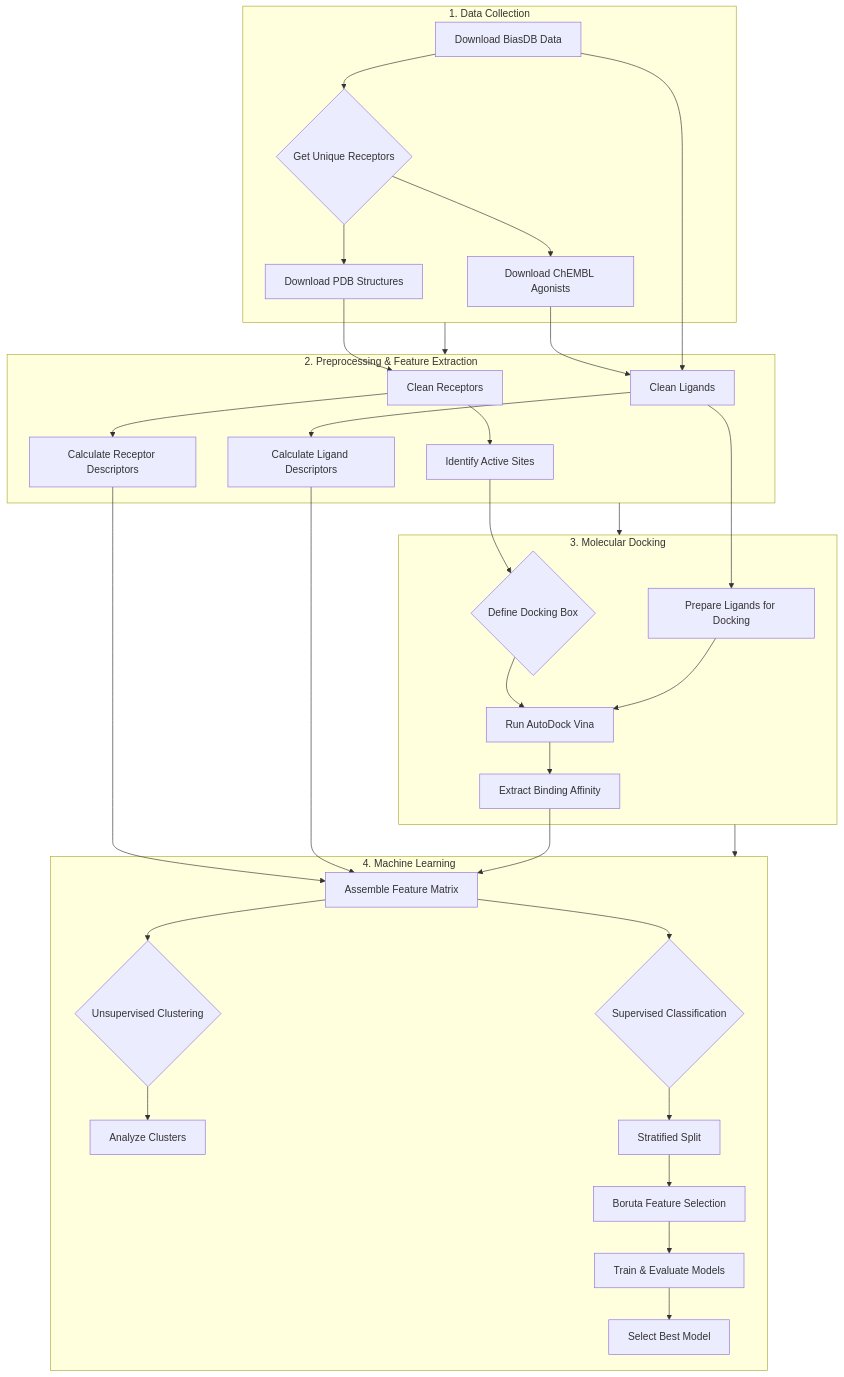
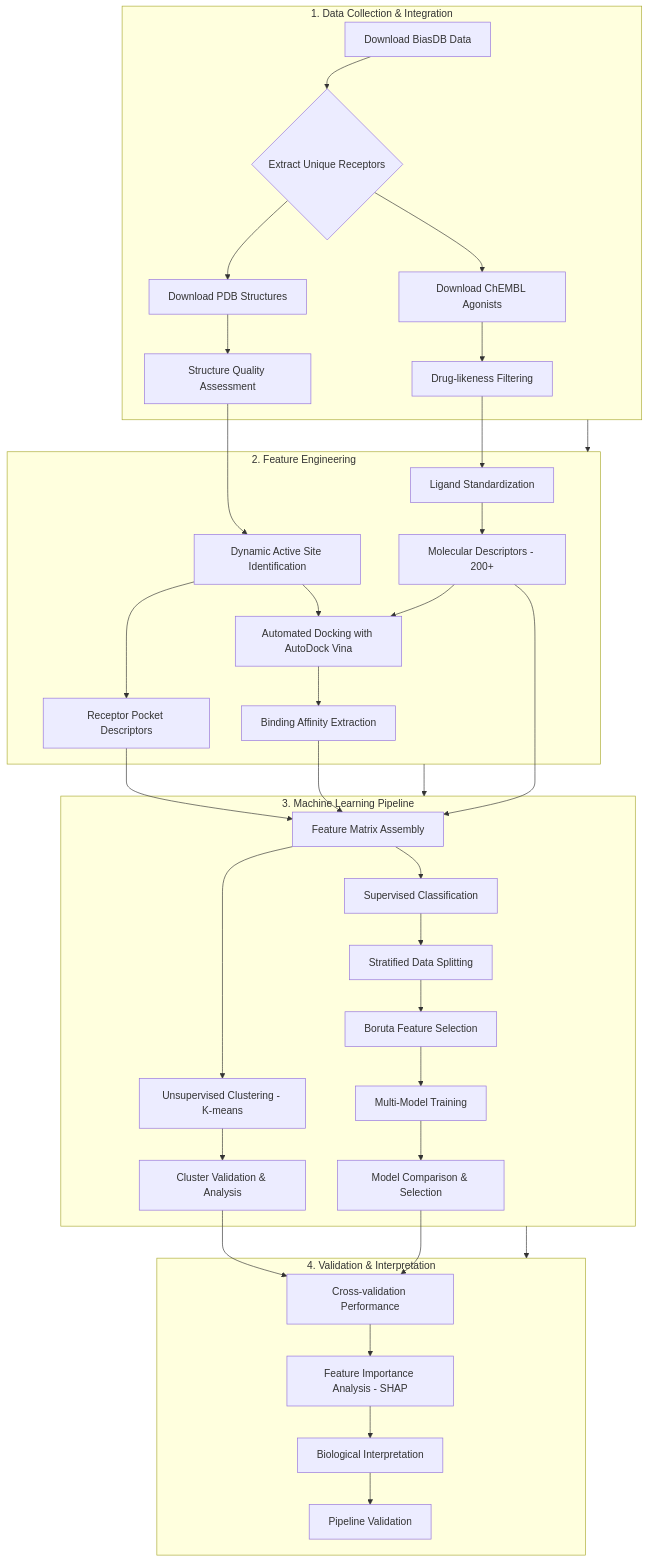
Before and after one commit to omicscodeathon/cancerag: the diagram in README.md, drawn with Mermaid. The commit also changed other lines of this file and 27 other files, not shown here.

First line of the commit message:
Add comprehensive data analysis module and update pipeline

````diff
--- a/README.md
+++ b/README.md
@@ -22,37 +130,39 @@
 ```mermaid
 graph TD
-    subgraph A[1. Data Collection]
-        A1[Download BiasDB Data] --> A2{Get Unique Receptors};
-        A2 --> A3[Download PDB Structures];
-        A2 --> A4[Download ChEMBL Agonists];
+    subgraph A[1. Data Collection & Integration]
+        A1[Download BiasDB Data] --> A2{Extract Unique Receptors}
+        A2 --> A3[Download PDB Structures]
+        A2 --> A4[Download ChEMBL Agonists]
+        A3 --> A5[Structure Quality Assessment]
+        A4 --> A6[Drug-likeness Filtering]
     end
 
-    subgraph B[2. Preprocessing & Feature Extraction]
-        A3 --> B1[Clean Receptors];
-        A4 --> B2[Clean Ligands];
-        A1 --> B2;
-        B1 --> B3[Identify Active Sites];
-        B1 --> B4[Calculate Receptor Descriptors];
-        B2 --> B5[Calculate Ligand Descriptors];
+    subgraph B[2. Feature Engineering]
+        A5 --> B1[Dynamic Active Site Identification]
+        A6 --> B2[Ligand Standardization]
+        B1 --> B3[Receptor Pocket Descriptors]
+        B2 --> B4[Molecular Descriptors - 200+]
+        B1 & B4 --> B5[Automated Docking with AutoDock Vina]
+        B5 --> B6[Binding Affinity Extraction]
     end
 
-    subgraph C[3. Molecular Docking]
-        B3 --> C1{Define Docking Box};
-        B2 --> C2[Prepare Ligands for Docking];
-        C1 & C2 --> C3[Run AutoDock Vina];
-        C3 --> C4[Extract Binding Affinity];
+    subgraph C[3. Machine Learning Pipeline]
+        B3 & B4 & B6 --> C1[Feature Matrix Assembly]
+        C1 --> C2[Unsupervised Clustering - K-means]
+        C1 --> C3[Supervised Classification]
+        C2 --> C4[Cluster Validation & Analysis]
+        C3 --> C5[Stratified Data Splitting]
+        C5 --> C6[Boruta Feature Selection]
+        C6 --> C7[Multi-Model Training]
+        C7 --> C8[Model Comparison & Selection]
     end
 
-    subgraph D[4. Machine Learning]
-        B4 & B5 & C4 --> D1[Assemble Feature Matrix];
-        D1 --> D2{Unsupervised Clustering};
-        D2 --> D3[Analyze Clusters];
-        D1 --> D4{Supervised Classification};
-        D4 --> D5[Stratified Split];
-        D5 --> D6[Boruta Feature Selection];
-        D6 --> D7[Train & Evaluate Models];
-        D7 --> D8[Select Best Model];
+    subgraph D[4. Validation & Interpretation]
+        C4 & C8 --> D1[Cross-validation Performance]
+        D1 --> D2[Feature Importance Analysis - SHAP]
+        D2 --> D3[Biological Interpretation]
+        D3 --> D4[Pipeline Validation]
     end
 
-    A --> B --> C --> D;
+    A --> B --> C --> D
 ```
````
